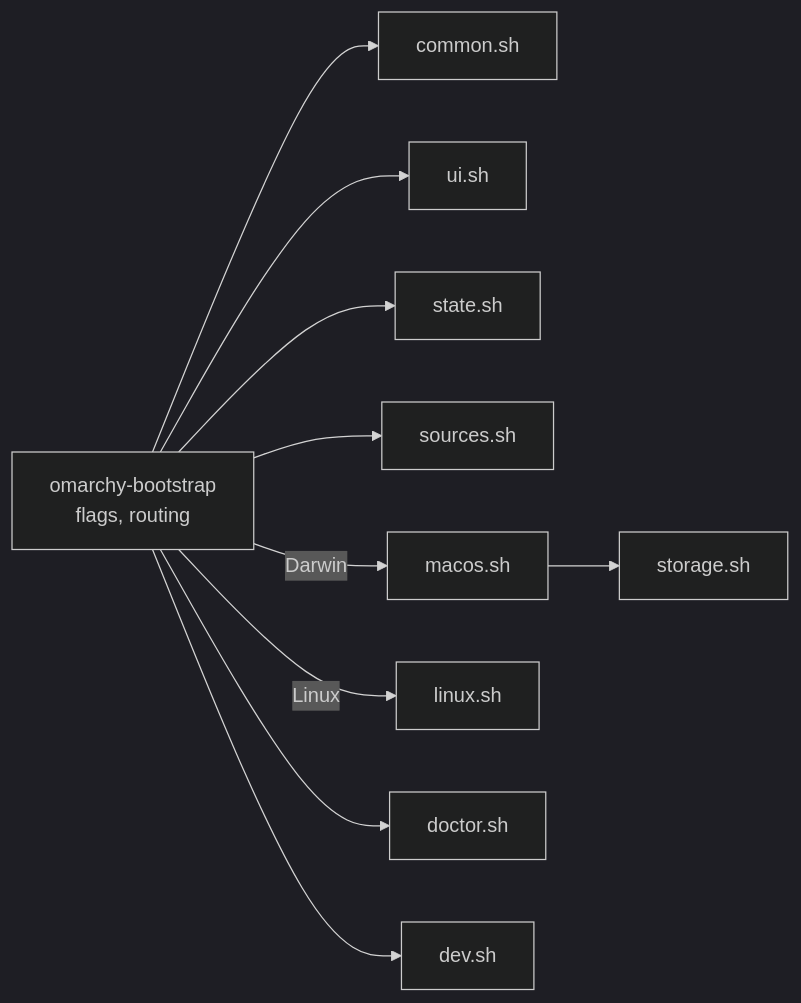
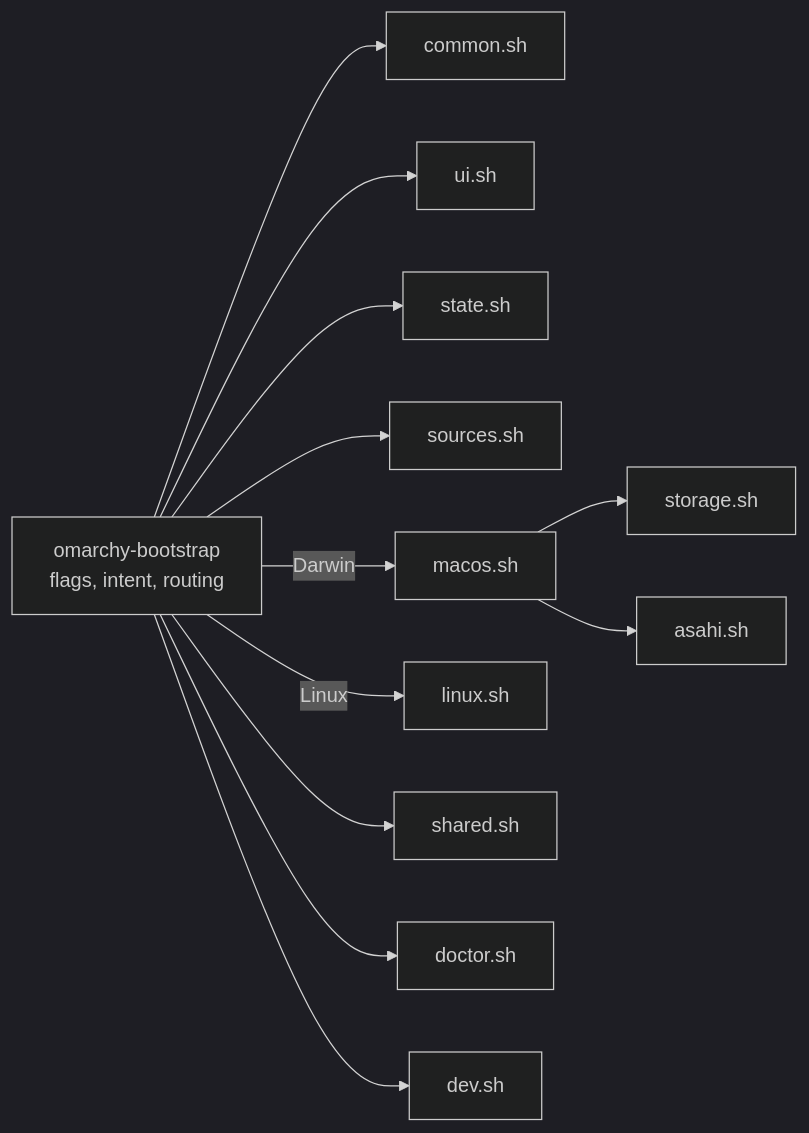
Before and after one commit to scalinity/omarchy-mac-bootstrap: the diagram in docs/ARCHITECTURE.md, drawn with Mermaid (dark theme). The commit also changed other lines of this file and 11 other files, not shown here.

````diff
--- a/docs/ARCHITECTURE.md
+++ b/docs/ARCHITECTURE.md
@@ -6,12 +6,14 @@
 ```mermaid
 flowchart LR
-    E[omarchy-bootstrap<br/>flags, routing] --> C[common.sh]
+    E[omarchy-bootstrap<br/>flags, intent, routing] --> C[common.sh]
     E --> U[ui.sh]
     E --> S[state.sh]
     E --> SRC[sources.sh]
     E -->|Darwin| M[macos.sh]
+    M --> P[storage.sh]
+    M --> A[asahi.sh]
     E -->|Linux| L[linux.sh]
-    M --> P[storage.sh]
+    E --> SH[shared.sh]
     E --> D[doctor.sh]
     E --> DV[dev.sh]
 ```
````
